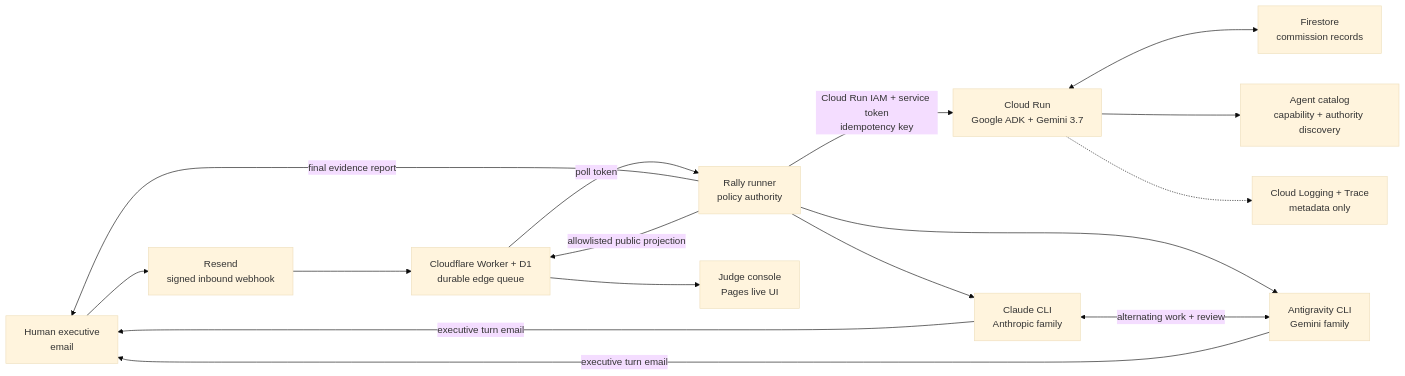
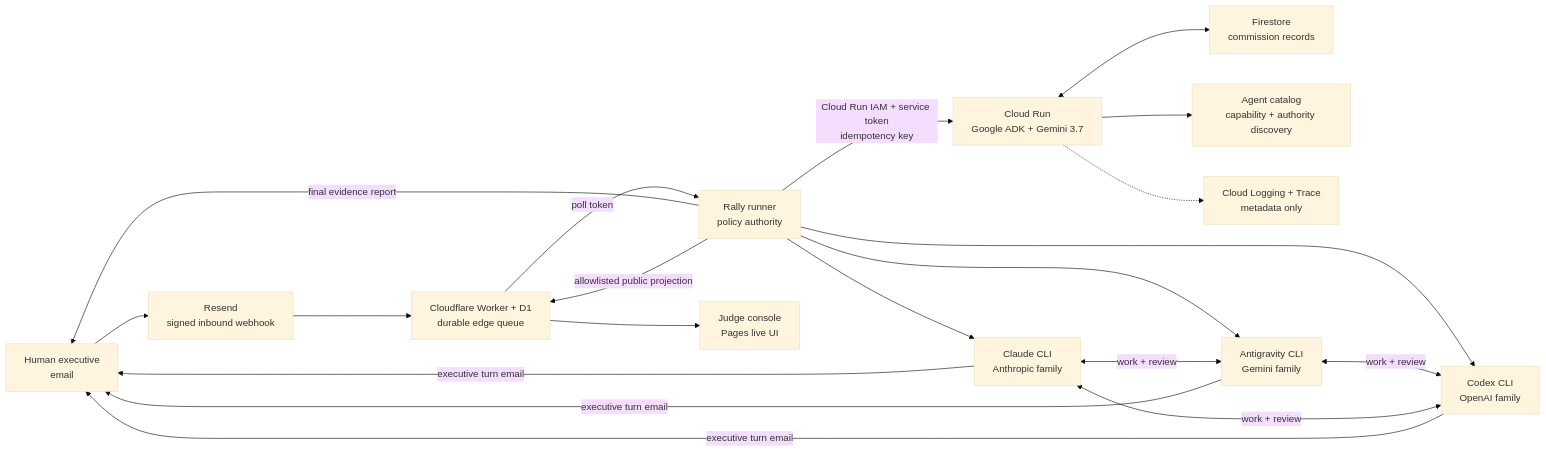
One commit to Agent9AI/rally changed the diagram in docs/ARCHITECTURE.md. Above: the diagram before and after it, drawn with Mermaid (base theme). The commit also changed other lines of this file and 50 other files, not shown here.

````diff
--- a/docs/ARCHITECTURE.md
+++ b/docs/ARCHITECTURE.md
@@ -7,18 +7,22 @@
 ```mermaid
 flowchart LR
     H["Human executive<br/>email"] --> R["Resend<br/>signed inbound webhook"]
     R --> W["Cloudflare Worker + D1<br/>durable edge queue"]
     W -->|"poll token"| L["Rally runner<br/>policy authority"]
     L -->|"Cloud Run IAM + service token<br/>idempotency key"| C["Cloud Run<br/>Google ADK + Gemini 3.7"]
     C <--> F["Firestore<br/>commission records"]
     C --> K["Agent catalog<br/>capability + authority discovery"]
     C -.-> T["Cloud Logging + Trace<br/>metadata only"]
     L --> A["Claude CLI<br/>Anthropic family"]
     L --> G["Antigravity CLI<br/>Gemini family"]
-    A <-->|"alternating work + review"| G
+    L --> O["Codex CLI<br/>OpenAI family"]
+    A <-->|"work + review"| G
+    G <-->|"work + review"| O
+    O <-->|"work + review"| A
     A -->|"executive turn email"| H
     G -->|"executive turn email"| H
+    O -->|"executive turn email"| H
     L -->|"final evidence report"| H
     L -->|"allowlisted public projection"| W
     W --> D["Judge console<br/>Pages live UI"]
 ```
````
